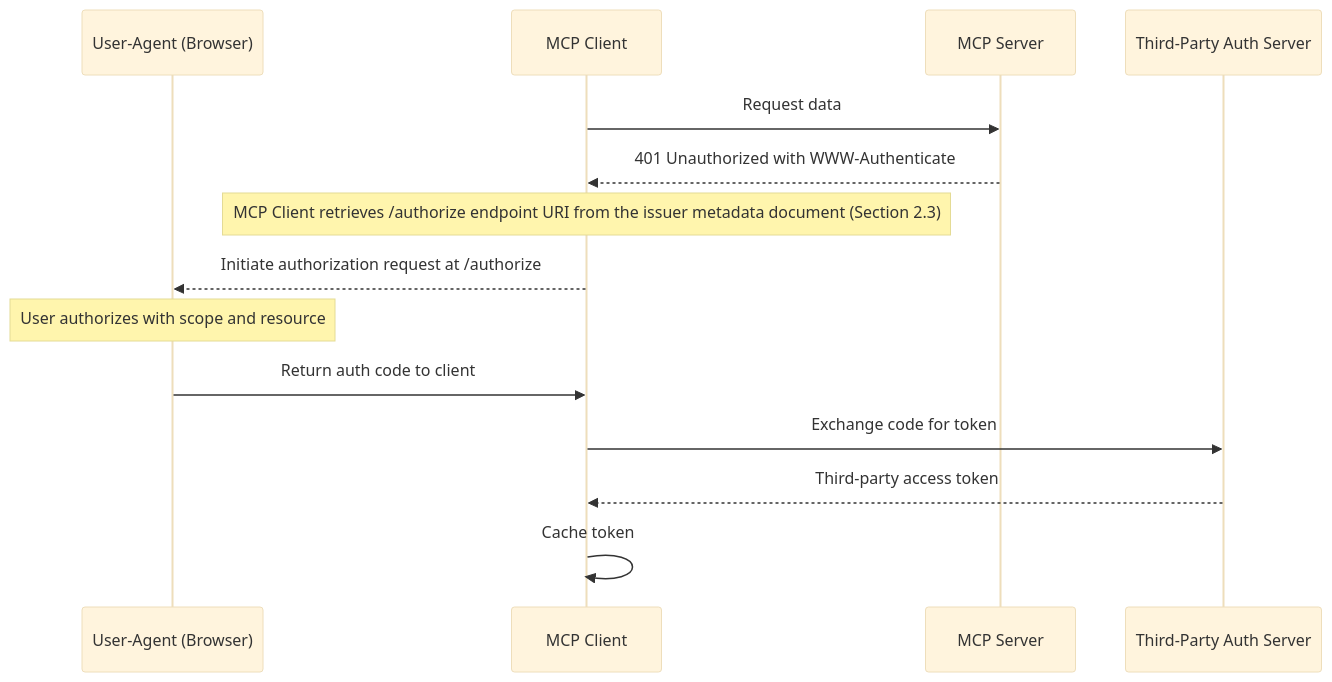
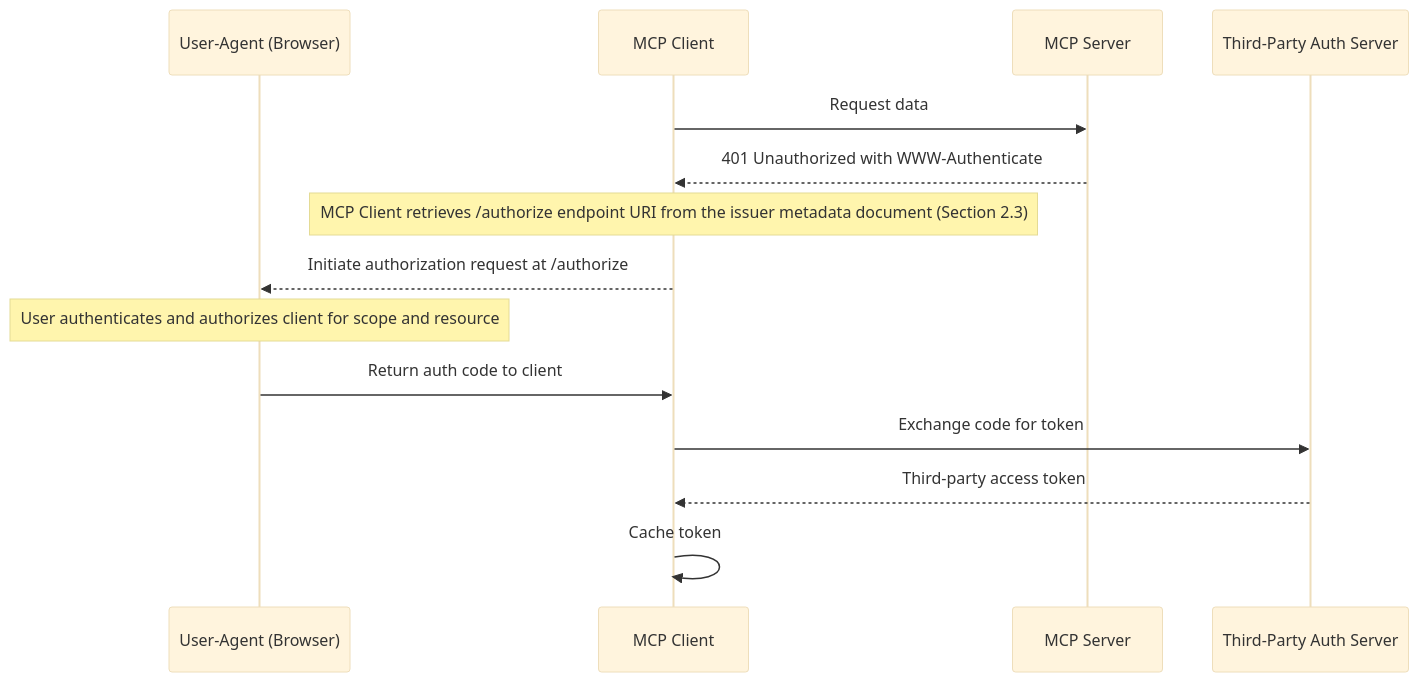
Before and after one commit to pcarleton/specification: the third of 5 diagrams in docs/specification/2025-03-26/basic/authorization.md, drawn with Mermaid (base theme).

````diff
--- a/docs/specification/2025-03-26/basic/authorization.md
+++ b/docs/specification/2025-03-26/basic/authorization.md
@@ -221,17 +221,17 @@
 ```mermaid
 sequenceDiagram
     participant UA as User-Agent (Browser)
     participant MC as MCP Client
     participant MS as MCP Server
     participant IDP as Third-Party Auth Server
 
     MC->>MS: Request data
     MS-->>MC: 401 Unauthorized with WWW-Authenticate
     Note over MC: MCP Client retrieves /authorize endpoint URI from the issuer metadata document (Section 2.3)
     MC-->>UA: Initiate authorization request at /authorize
-    Note over UA: User authorizes with scope and resource
+    Note over UA: User authenticates and authorizes client for scope and resource
     UA->>MC: Return auth code to client
     MC->>IDP: Exchange code for token
     IDP-->>MC: Third-party access token
     MC->>MC: Cache token
 ```
````
